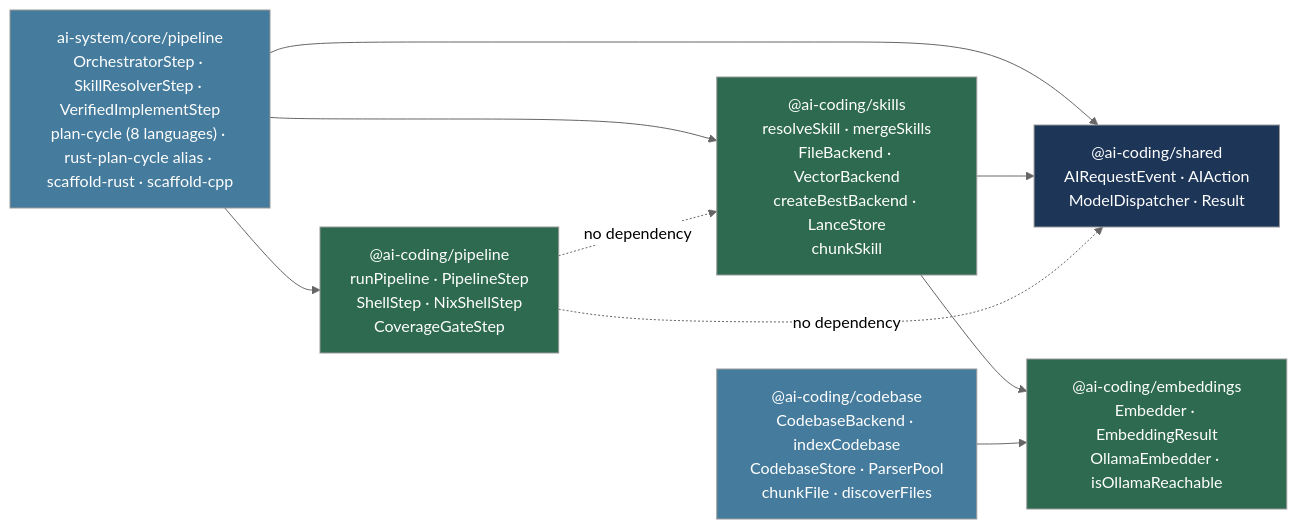
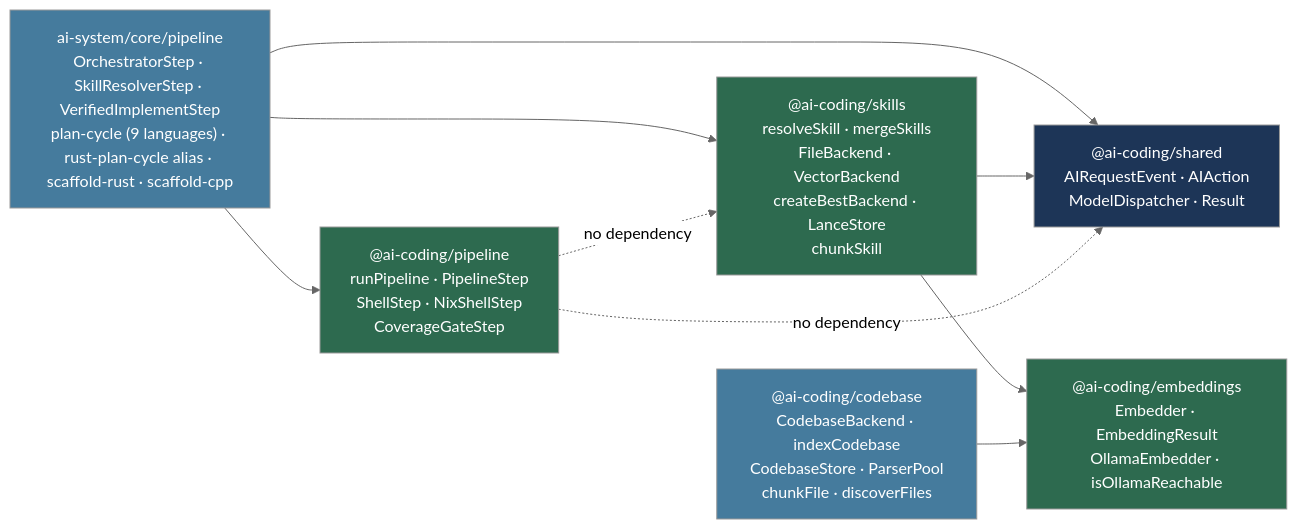
The second of 5 diagrams in docs/architecture.md (vansweej/ai-coding), drawn with Mermaid (neutral theme) before and after one commit. The commit also changed other lines of this file and 5 other files, not shown here.

````diff
--- a/docs/architecture.md
+++ b/docs/architecture.md
@@ -87,25 +87,25 @@
 ```mermaid
 graph LR
     Shared["@ai-coding/shared\nAIRequestEvent · AIAction\nModelDispatcher · Result"]
     Embeddings["@ai-coding/embeddings\nEmbedder · EmbeddingResult\nOllamaEmbedder · isOllamaReachable"]
     Skills["@ai-coding/skills\nresolveSkill · mergeSkills\nFileBackend · VectorBackend\ncreateBestBackend · LanceStore\nchunkSkill"]
     Codebase["@ai-coding/codebase\nCodebaseBackend · indexCodebase\nCodebaseStore · ParserPool\nchunkFile · discoverFiles"]
     Pipeline["@ai-coding/pipeline\nrunPipeline · PipelineStep\nShellStep · NixShellStep\nCoverageGateStep"]
-    AISystem["ai-system/core/pipeline\nOrchestratorStep · SkillResolverStep · VerifiedImplementStep\nplan-cycle (8 languages) · rust-plan-cycle alias · scaffold-rust · scaffold-cpp"]
+    AISystem["ai-system/core/pipeline\nOrchestratorStep · SkillResolverStep · VerifiedImplementStep\nplan-cycle (9 languages) · rust-plan-cycle alias · scaffold-rust · scaffold-cpp"]
 
     AISystem --> Pipeline
     AISystem --> Shared
     AISystem --> Skills
     Skills --> Shared
     Skills --> Embeddings
     Codebase --> Embeddings
     Pipeline -.->|"no dependency"| Shared
     Pipeline -.->|"no dependency"| Skills
 
     style Pipeline fill:#2d6a4f,color:#fff
     style Shared fill:#1d3557,color:#fff
     style Skills fill:#2d6a4f,color:#fff
     style Embeddings fill:#2d6a4f,color:#fff
     style Codebase fill:#457b9d,color:#fff
     style AISystem fill:#457b9d,color:#fff
 ```
````
